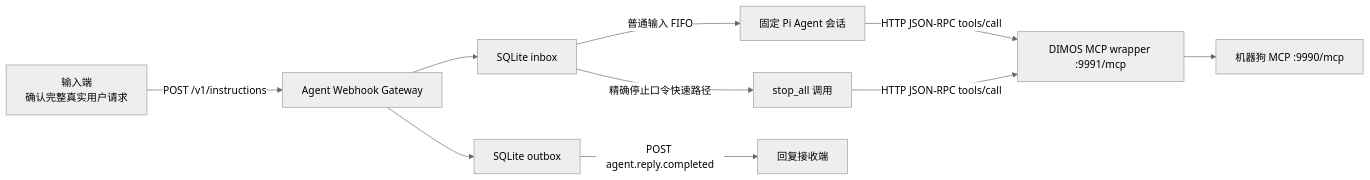
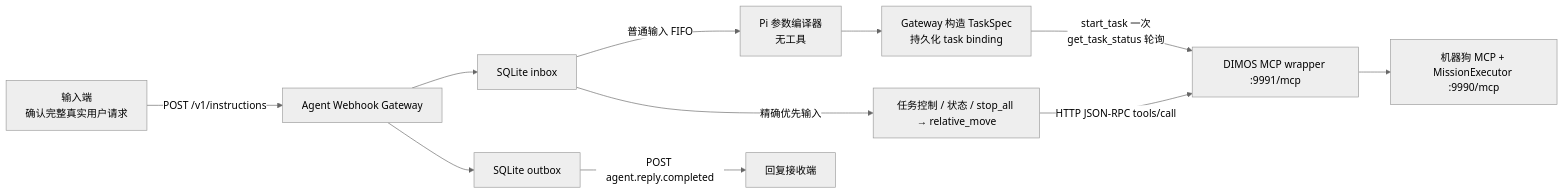
The diagram in docs/agent-input-webhook-integration.md (J9HSON/agent), drawn with Mermaid (neutral theme) before and after one commit. The commit also changed other lines of this file and 87 other files, not shown here.

````diff
--- a/docs/agent-input-webhook-integration.md
+++ b/docs/agent-input-webhook-integration.md
@@ -76,12 +88,13 @@
 ```mermaid
 flowchart LR
     I["输入端<br/>确认完整真实用户请求"] -->|"POST /v1/instructions"| G["Agent Webhook Gateway"]
     G --> Q["SQLite inbox"]
-    Q -->|"普通输入 FIFO"| A["固定 Pi Agent 会话"]
-    Q -->|"精确停止口令快速路径"| S["stop_all 调用"]
-    A -->|"HTTP JSON-RPC tools/call"| W["DIMOS MCP wrapper :9991/mcp"]
+    Q -->|"普通输入 FIFO"| A["Pi 参数编译器<br/>无工具"]
+    Q -->|"精确优先输入"| S["任务控制 / 状态 / stop_all → relative_move"]
+    A --> C["Gateway 构造 TaskSpec<br/>持久化 task binding"]
+    C -->|"start_task 一次<br/>get_task_status 轮询"| W["DIMOS MCP wrapper :9991/mcp"]
     S -->|"HTTP JSON-RPC tools/call"| W
-    W --> D["机器狗 MCP :9990/mcp"]
+    W --> D["机器狗 MCP + MissionExecutor :9990/mcp"]
     G --> O["SQLite outbox"]
     O -->|"POST agent.reply.completed"| R["回复接收端"]
 ```
````
